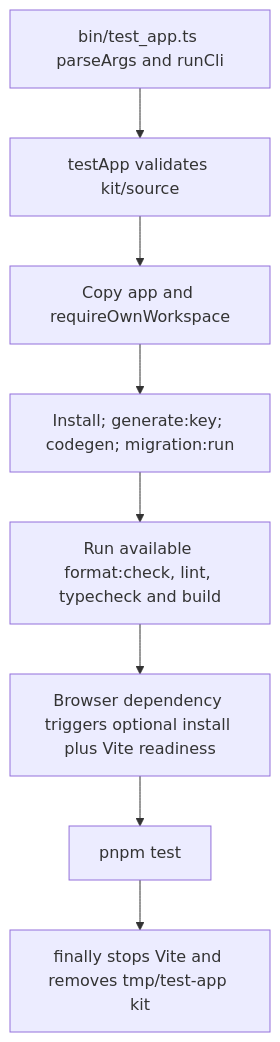
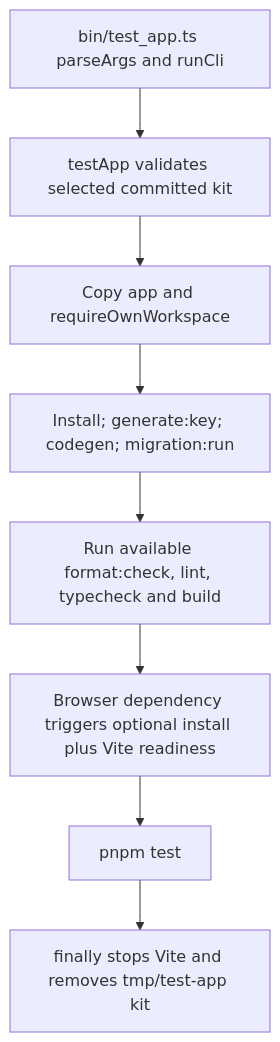
The second of 2 diagrams in user-stories/operations/us-ops-05-test-kit.md (Kevinjohn/oss-adonisjs-starter-examples), drawn with Mermaid before and after one commit. The commit also changed other lines of this file and 154 other files, not shown here.

````diff
--- a/user-stories/operations/us-ops-05-test-kit.md
+++ b/user-stories/operations/us-ops-05-test-kit.md
@@ -41,10 +40,10 @@
 ```mermaid
 flowchart TD
-    A["bin/test_app.ts parseArgs and runCli"] --> B["testApp validates kit/source"]
+    A["bin/test_app.ts parseArgs and runCli"] --> B["testApp validates selected committed kit"]
     B --> C["Copy app and requireOwnWorkspace"]
     C --> D["Install; generate:key; codegen; migration:run"]
     D --> E["Run available format:check, lint, typecheck and build"]
     E --> F["Browser dependency triggers optional install plus Vite readiness"]
     F --> G["pnpm test"]
     G --> H["finally stops Vite and removes tmp/test-app kit"]
 ```
````
